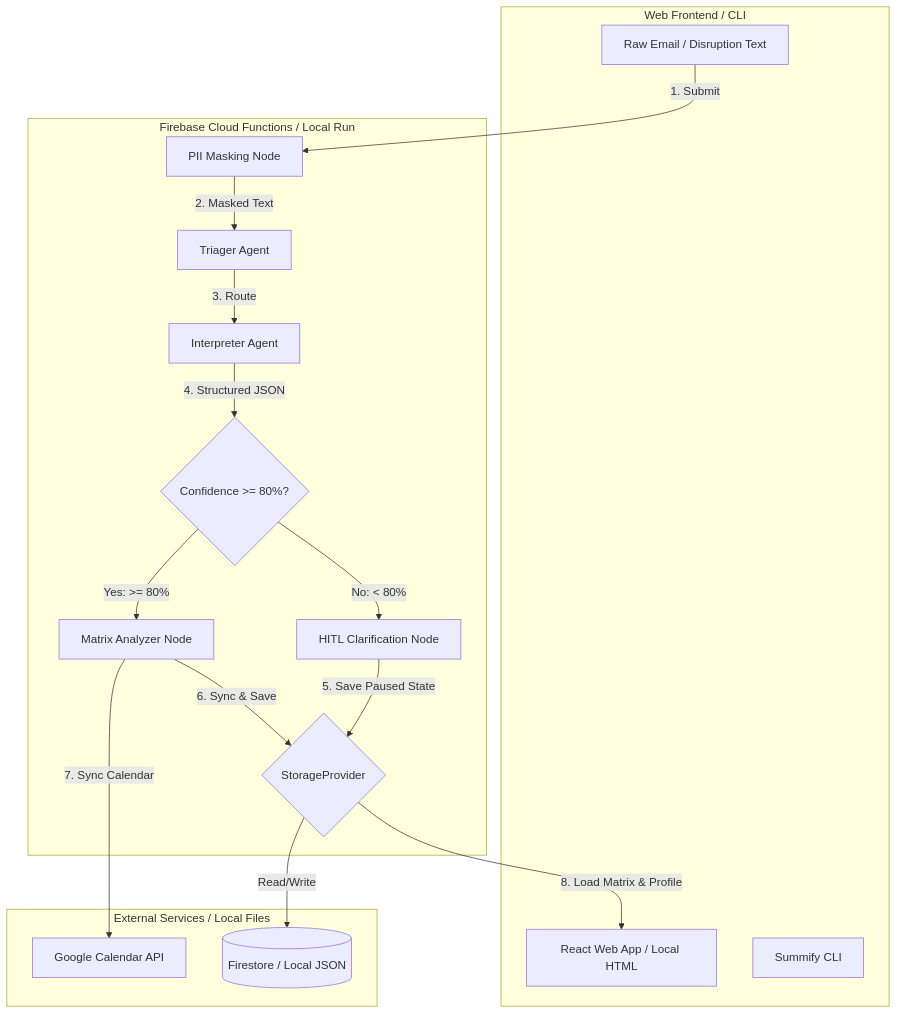
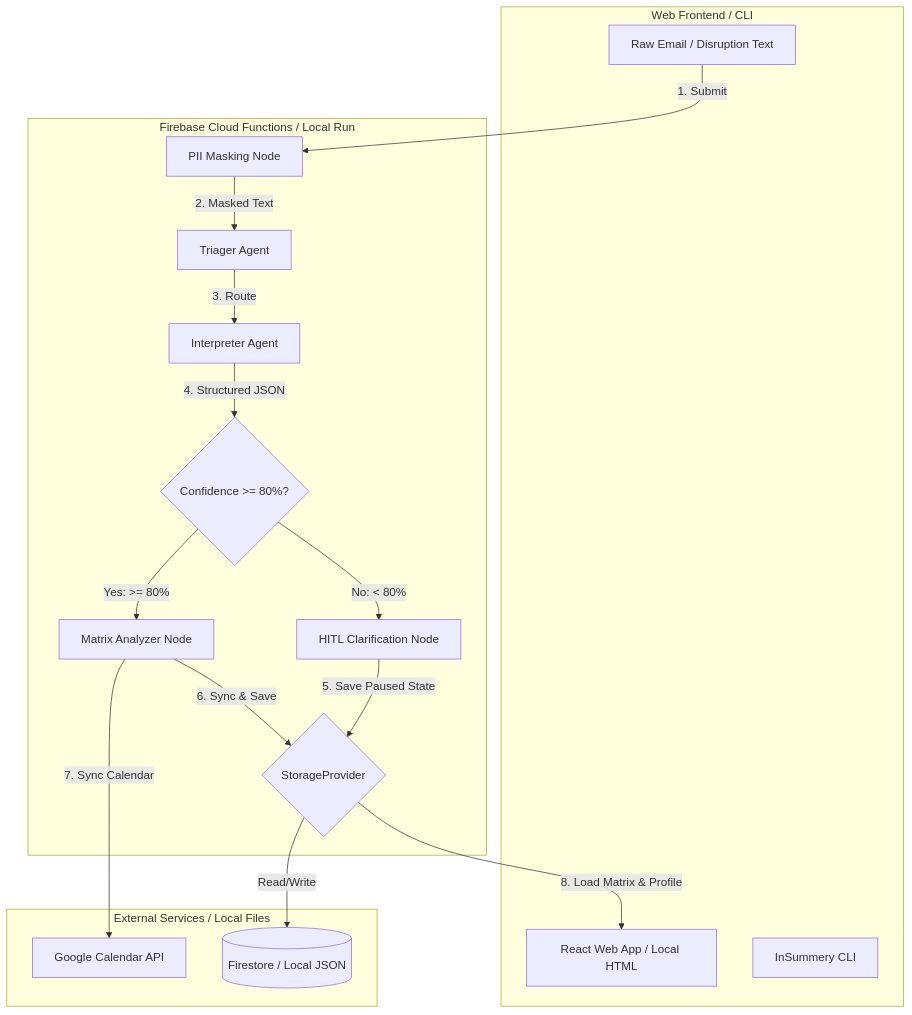
One commit to VolantTyler/InSummery-AI changed the diagram in implementation_plan.md. Above: the diagram before and after it, drawn with Mermaid. The commit also changed other lines of this file and 14 other files, not shown here.

First line of the commit message:
refactor: rename project from Summify to InSummery throughout

````diff
--- a/implementation_plan.md
+++ b/implementation_plan.md
@@ -65,35 +65,35 @@
 ```mermaid
 graph TD
     subgraph Frontend [Web Frontend / CLI]
         Input[Raw Email / Disruption Text]
         UI[React Web App / Local HTML]
-        CLI[Summify CLI]
+        CLI[InSummery CLI]
     end
 
     subgraph Backend [Firebase Cloud Functions / Local Run]
         Storage{StorageProvider}
         MaskNode[PII Masking Node]
         Triager[Triager Agent]
         Interpreter[Interpreter Agent]
         ConfGate{Confidence >= 80%?}
         HITL[HITL Clarification Node]
         MatrixNode[Matrix Analyzer Node]
     end
 
     subgraph External [External Services / Local Files]
         GCal[Google Calendar API]
         DB[(Firestore / Local JSON)]
     end
 
     Input -->|1. Submit| MaskNode
     MaskNode -->|2. Masked Text| Triager
     Triager -->|3. Route| Interpreter
     Interpreter -->|4. Structured JSON| ConfGate
     ConfGate -->|No: < 80%| HITL
     HITL -->|5. Save Paused State| Storage
     ConfGate -->|Yes: >= 80%| MatrixNode
     MatrixNode -->|6. Sync & Save| Storage
     Storage -->|Read/Write| DB
     MatrixNode -->|7. Sync Calendar| GCal
     Storage -->|8. Load Matrix & Profile| UI
 ```
````
